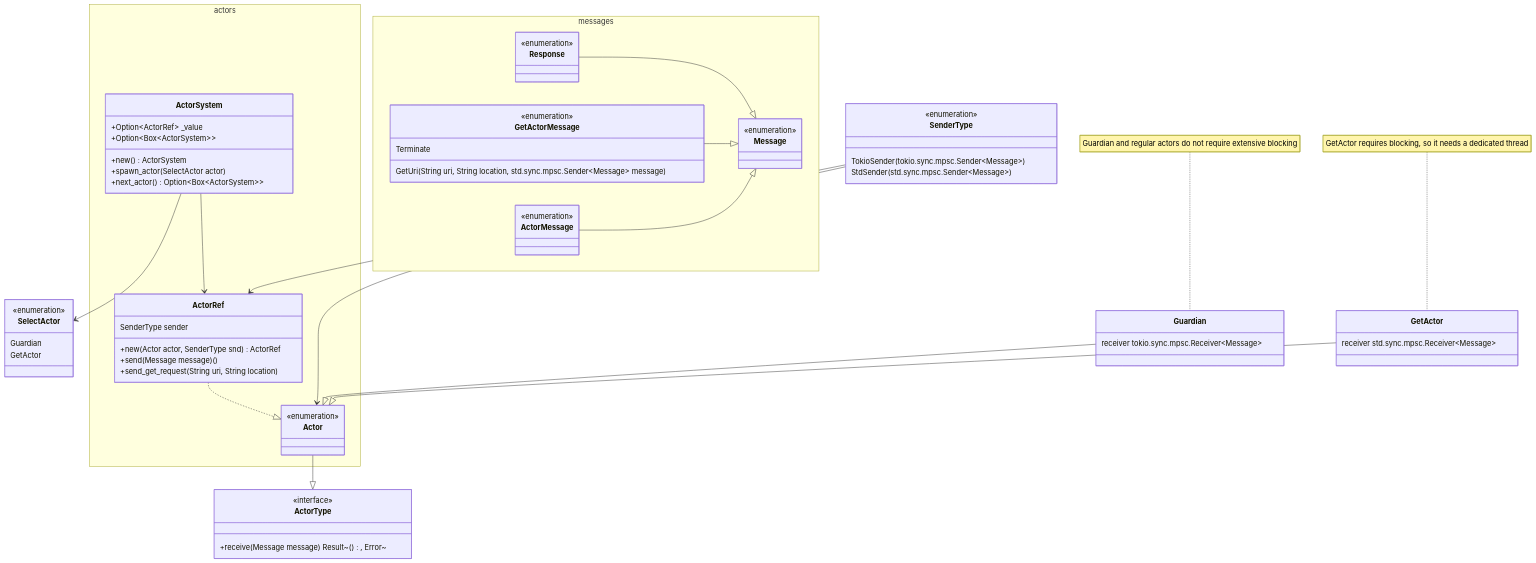
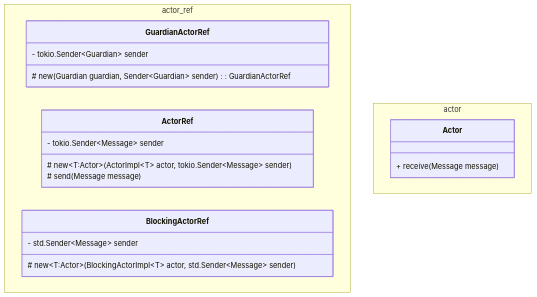
One commit to professor-greebie/sids changed the diagram in architecture/high-level-architecture.md. Above: the diagram before and after it, drawn with Mermaid. The commit also changed 6 other files, not shown here.

Commit message:
Update system architecture details.

````diff
--- a/architecture/high-level-architecture.md
+++ b/architecture/high-level-architecture.md
@@ -3,82 +3,41 @@
 ```mermaid
 
 classDiagram
 
-    namespace actors {
-        class ActorSystem
-        class Actor
-        class ActorRef
+    namespace actor_ref {
+        class GuardianActorRef {
+            - tokio.Sender~Guardian~ sender
+            # new(Guardian guardian, Sender~Guardian~ sender) : GuardianActorRef
+
+
+        }
+        class ActorRef {
+            - tokio.Sender~Message~ sender
+            # new~T:Actor~(ActorImpl~T~ actor, tokio.Sender~Message~ sender)
+            # send(Message message)
+        }
+
+        class BlockingActorRef {
+            - std.Sender~Message~ sender
+            # new~T:Actor~(BlockingActorImpl~T~ actor, std.Sender~Message~ sender )
+        }
+    
     }
 
-    namespace messages {
-        class Message
-        class ActorMessage
-        class Response
-        class GetActorMessage
+    namespace actor {
+        class Actor {
+            + receive(Message message)
+        }
+
+
+
     }
 
-    class SelectActor
-    <<enumeration>> SelectActor
-    SelectActor : Guardian
-    SelectActor : GetActor
 
-    
-    ActorSystem : +Option~ActorRef~ _value
-    ActorSystem : +Option~Box~ActorSystem~~
-    ActorSystem : +new() ActorSystem
-    ActorSystem : +spawn_actor(SelectActor actor)
-    ActorSystem : +next_actor() Option~Box~ActorSystem~~
-    ActorSystem --> SelectActor
-
-    ActorSystem --> ActorRef
-
-    class ActorType
-    <<interface>> ActorType
-    ActorType : +receive(Message message) Result~(), Error~
-    class Guardian
-    Guardian : receiver tokio.sync.mpsc.Receiver~Message~
-    note for Guardian "Guardian and regular actors do not require extensive blocking"
-    class GetActor
-    GetActor : receiver std.sync.mpsc.Receiver~Message~
-    note for GetActor "GetActor requires blocking, so it needs a dedicated thread"
-    
-
-    class SenderType
-    <<enumeration>> SenderType
-    SenderType : TokioSender(tokio.sync.mpsc.Sender~Message~)
-    SenderType : StdSender(std.sync.mpsc.Sender~Message~)
-
-    
-
-    
-
-    <<enumeration>> Actor
-    Actor --|> ActorType
-    Guardian --|> Actor
-    GetActor --|> Actor
-    ActorRef : SenderType sender
-    ActorRef : +new(Actor actor, SenderType snd) ActorRef
-    ActorRef : +send(Message message) ()
-    ActorRef : +send_get_request(String uri, String location)
-
-    ActorRef ..|> Actor
-    SenderType --> ActorRef
-    SenderType --> Actor
-
-    
-    <<enumeration>> GetActorMessage
-    <<enumeration>> Message
-    <<enumeration>> ActorMessage
-    <<enumeration>> Response
-    GetActorMessage : Terminate
-    GetActorMessage : GetUri( String uri, String location, std.sync.mpsc.Sender~Message~ message)
-    Response --|> Message
-    GetActorMessage --|> Message
-    ActorMessage --|> Message
 
 
 
 
 
 
 ```
````
